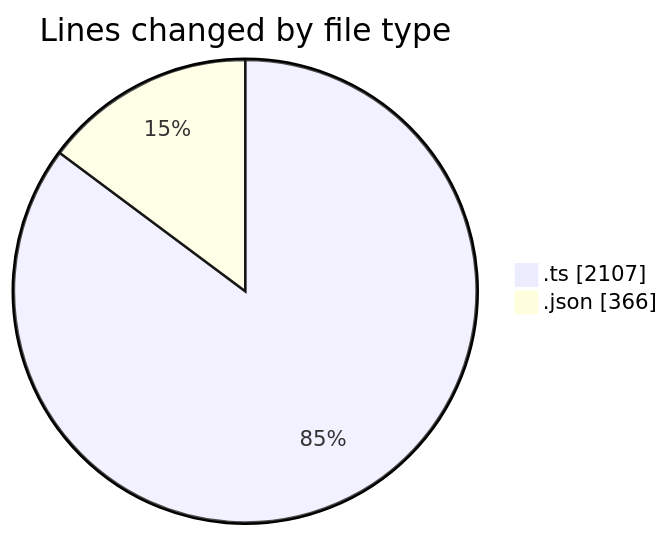
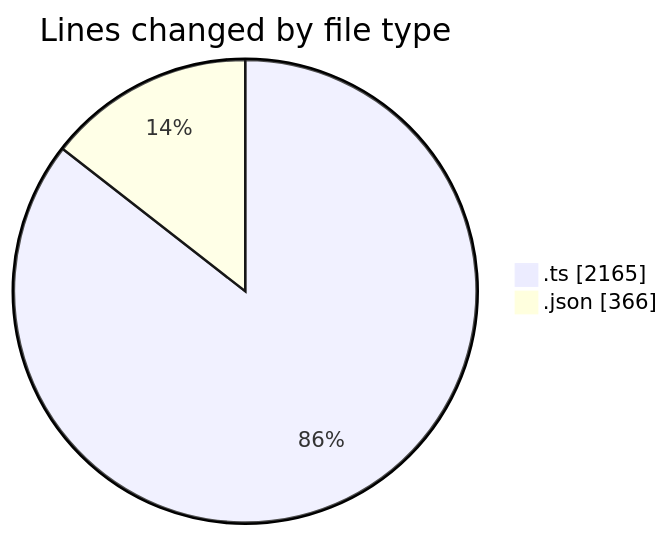
The first of 2 diagrams in 2025-10-27/cda/README.md (momahboobian/code-tracking), drawn with Mermaid before and after one commit. The commit also changed other lines of this file and 1 other file, not shown here.

````diff
--- a/2025-10-27/cda/README.md
+++ b/2025-10-27/cda/README.md
@@ -26,6 +26,6 @@
 ```mermaid
 pie showData
 title Lines changed by file type
-".ts" : 2107
+".ts" : 2165
 ".json" : 366
 ```
````
